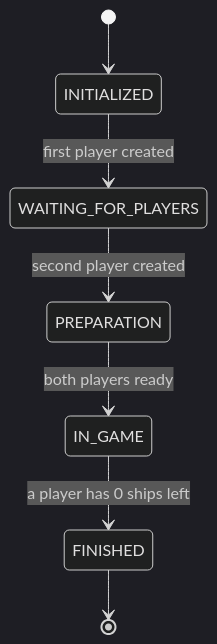
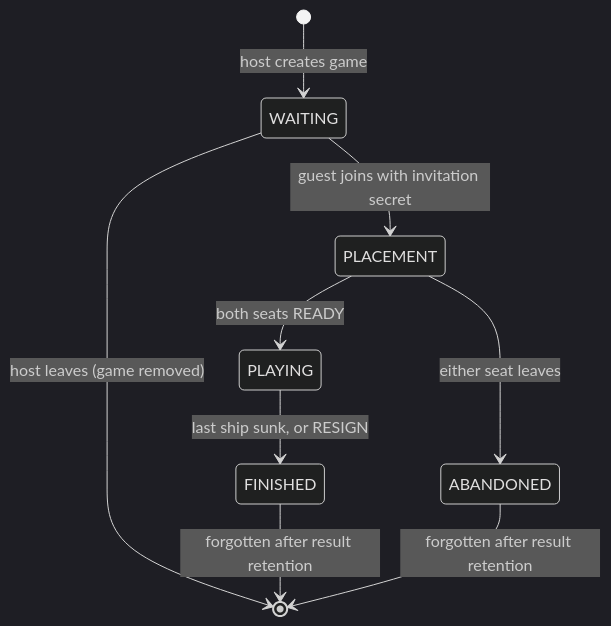
One commit to sanyokkua/battleship_java changed the third of 9 diagrams in docs/architecture.md. Above: the diagram before and after it, drawn with Mermaid (dark theme). The commit also changed other lines of this file and 1009 other files, not shown here.

````diff
--- a/docs/architecture.md
+++ b/docs/architecture.md
@@ -99,9 +65,11 @@
 ```mermaid
 stateDiagram-v2
-    [*] --> INITIALIZED
-    INITIALIZED --> WAITING_FOR_PLAYERS: first player created
-    WAITING_FOR_PLAYERS --> PREPARATION: second player created
-    PREPARATION --> IN_GAME: both players ready
-    IN_GAME --> FINISHED: a player has 0 ships left
-    FINISHED --> [*]
+    [*] --> WAITING: host creates game
+    WAITING --> PLACEMENT: guest joins with invitation secret
+    WAITING --> [*]: host leaves (game removed)
+    PLACEMENT --> PLAYING: both seats READY
+    PLACEMENT --> ABANDONED: either seat leaves
+    PLAYING --> FINISHED: last ship sunk, or RESIGN
+    FINISHED --> [*]: forgotten after result retention
+    ABANDONED --> [*]: forgotten after result retention
 ```
````
